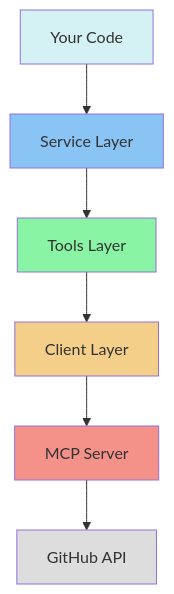
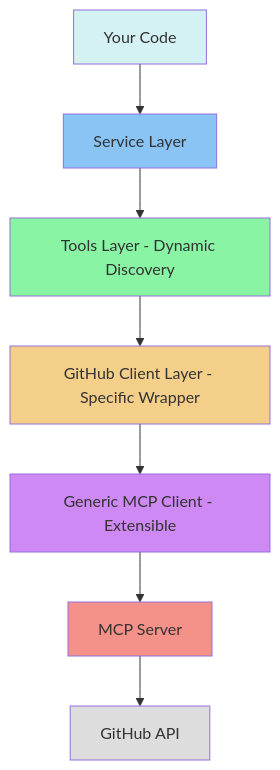
The first of 2 diagrams in docs/github_mcp_manual.md (naiohmi/demo_githubmcp), drawn with Mermaid before and after one commit. The commit also changed other lines of this file and 2 other files, not shown here.

Commit message:
docs: Update documentation to reflect new generic MCP client architecture
- Updated PROJECT_DOCUMENTATION.md with new architecture details
- Enhanced docs/github_mcp_manual.md with multi-layer architecture
- Added new component descriptions in docs/project_manual.md
- Highlighted benefits: dynamic discovery, extensibility, 90% code reduction
- Removed temporary MCP_*.md files

Documentation now accurately reflects the refactored generic MCP client
system that supports multiple servers while maintaining GitHub compatibility.

````diff
--- a/docs/github_mcp_manual.md
+++ b/docs/github_mcp_manual.md
@@ -18,15 +19,17 @@
 ```mermaid
 graph TD
     A[Your Code] --> B[Service Layer]
-    B --> C[Tools Layer]
-    C --> D[Client Layer]
-    D --> E[MCP Server]
-    E --> F[GitHub API]
+    B --> C[Tools Layer - Dynamic Discovery]
+    C --> D[GitHub Client Layer - Specific Wrapper]
+    D --> E[Generic MCP Client - Extensible]
+    E --> F[MCP Server]
+    F --> G[GitHub API]
     
     style A fill:#d4f1f4
     style B fill:#89c4f4
     style C fill:#89f4a3
     style D fill:#f4cf89
-    style E fill:#f49189
-    style F fill:#ddd
+    style E fill:#cf89f4
+    style F fill:#f49189
+    style G fill:#ddd
 ```
````
